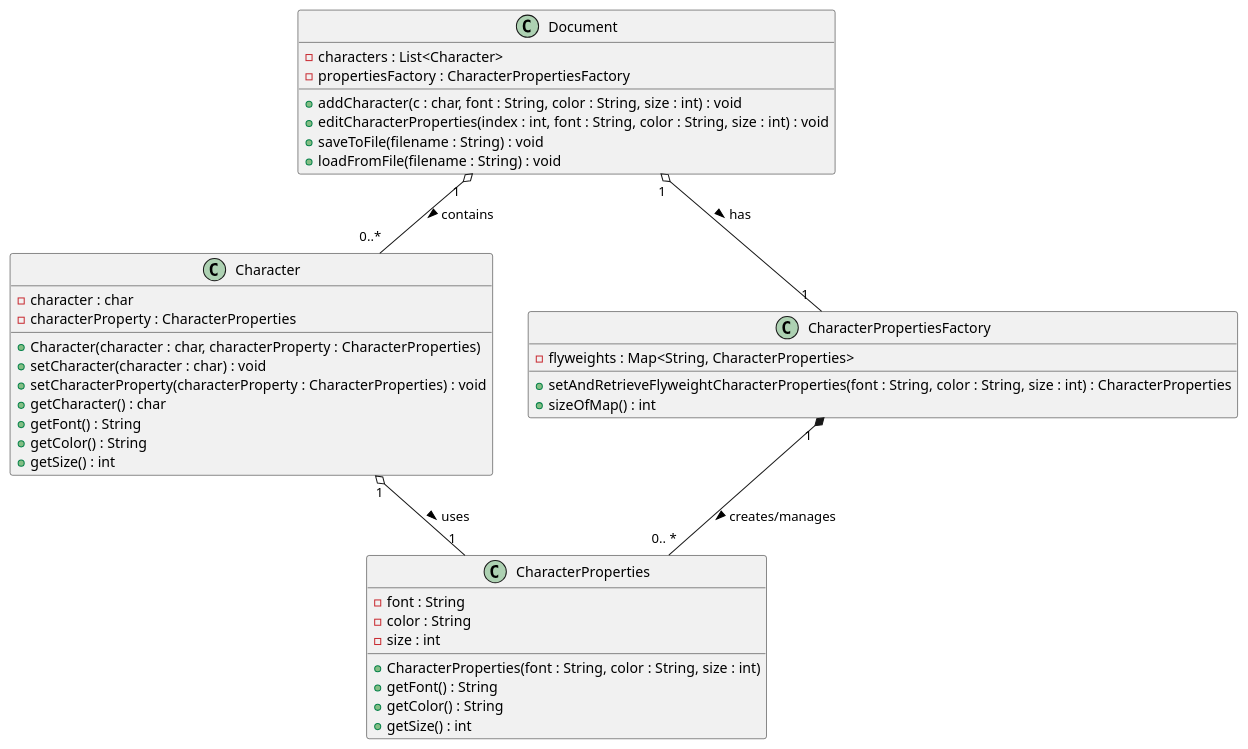
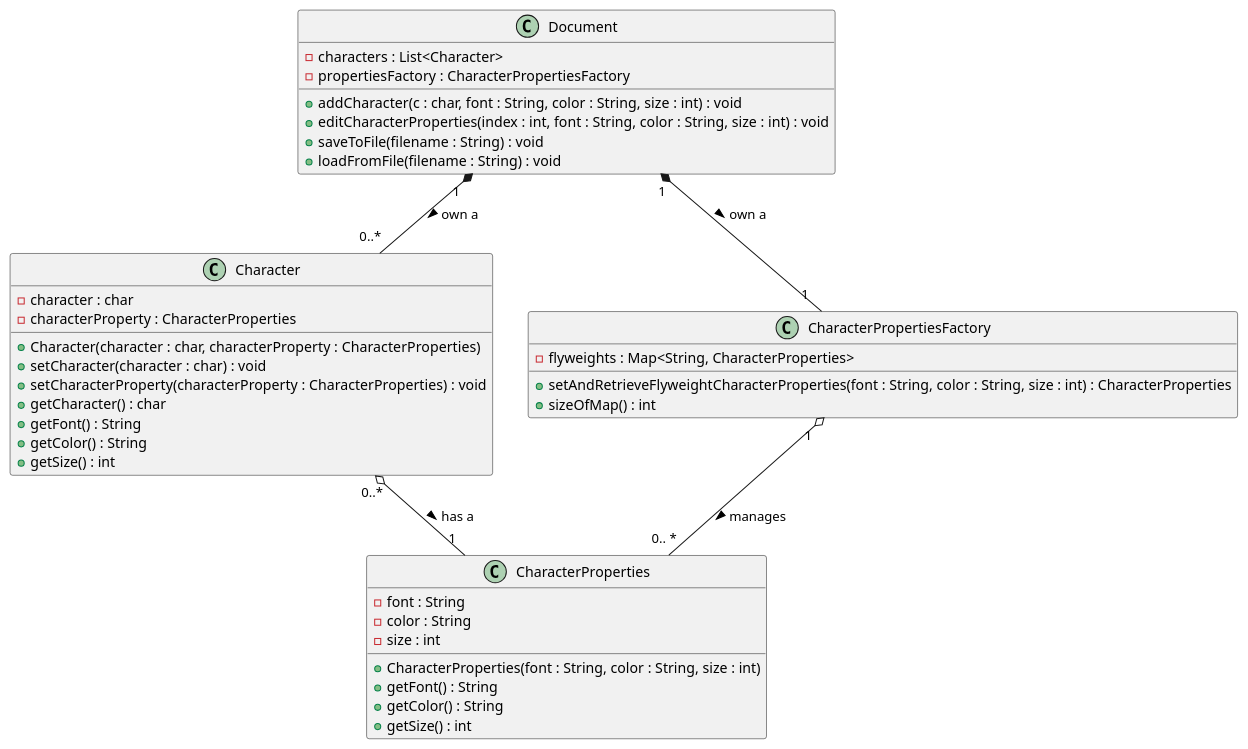
Before and after one commit to chile20/CS4800: the diagram in Assignment8/Part2:Quiz2/ClassDiagram.puml, drawn with PlantUML. The commit also changed 2 other files, not shown here.

```diff
--- a/Assignment8/Part2:Quiz2/ClassDiagram.puml
+++ b/Assignment8/Part2:Quiz2/ClassDiagram.puml
@@ -1,44 +1,45 @@
 @startuml
 
 class Character {
     -character : char
     -characterProperty : CharacterProperties
     +Character(character : char, characterProperty : CharacterProperties)
     +setCharacter(character : char) : void
     +setCharacterProperty(characterProperty : CharacterProperties) : void
     +getCharacter() : char
     +getFont() : String
     +getColor() : String
     +getSize() : int
 }
 
 class CharacterProperties {
     -font : String
     -color : String
     -size : int
     +CharacterProperties(font : String, color : String, size : int)
     +getFont() : String
     +getColor() : String
     +getSize() : int
 }
 
 class Document {
     -characters : List<Character>
     -propertiesFactory : CharacterPropertiesFactory
     +addCharacter(c : char, font : String, color : String, size : int) : void
     +editCharacterProperties(index : int, font : String, color : String, size : int) : void
     +saveToFile(filename : String) : void
     +loadFromFile(filename : String) : void
 }
 
 class CharacterPropertiesFactory {
     -flyweights : Map<String, CharacterProperties>
     +setAndRetrieveFlyweightCharacterProperties(font : String, color : String, size : int) : CharacterProperties
     +sizeOfMap() : int
 }
-Document " 1 " o-- "  0..*  " Character : > contains
-Document " 1 " o-- " 1 " CharacterPropertiesFactory : > has
-CharacterPropertiesFactory " 1 " *-- " 0.. *" CharacterProperties : > creates/manages
-Character "1" o-- "1" CharacterProperties : uses >
+
+Document " 1 " *-- "  0..*  " Character : > own a
+Document " 1 " *-- " 1 " CharacterPropertiesFactory : > own a
+CharacterPropertiesFactory " 1 " o-- " 0.. *" CharacterProperties : > manages
+Character "0..*" o-- "1" CharacterProperties : has a >
 
 @enduml
```
